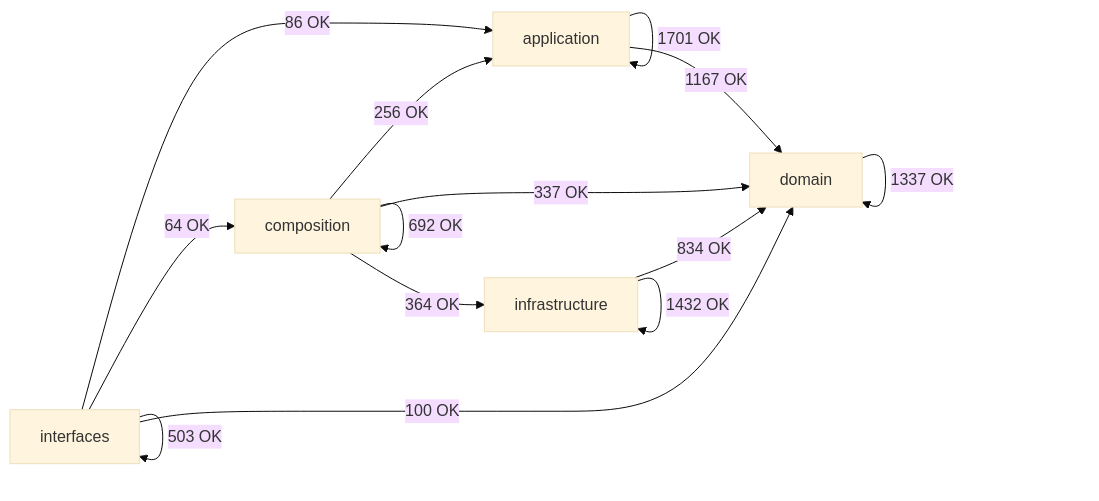
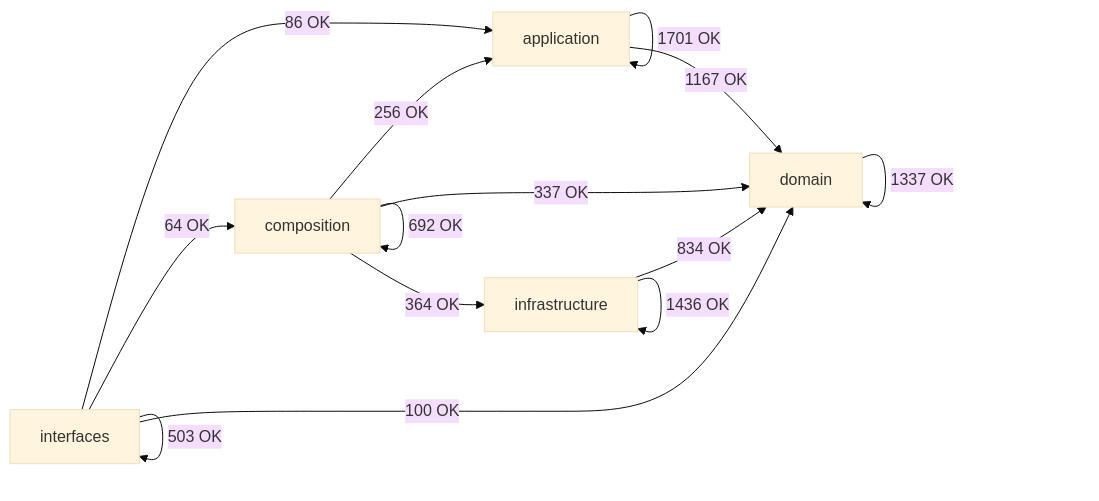
Before and after one commit to SatoryKono/BioactivityDataAcquisition: the diagram in docs/02-architecture/generated/module-dependency-map.md, drawn with Mermaid (base theme). The commit also changed other lines of this file and 4 other files, not shown here.

Commit message:
fix(iuphar): resolve Sonar and architecture map checks

````diff
--- a/docs/02-architecture/generated/module-dependency-map.md
+++ b/docs/02-architecture/generated/module-dependency-map.md
@@ -17,21 +17,21 @@
 ```mermaid
 flowchart LR
     domain[domain]
     application[application]
     infrastructure[infrastructure]
     composition[composition]
     interfaces[interfaces]
     application -->|1701 OK| application
     application -->|1167 OK| domain
     composition -->|256 OK| application
     composition -->|692 OK| composition
     composition -->|337 OK| domain
     composition -->|364 OK| infrastructure
     domain -->|1337 OK| domain
     infrastructure -->|834 OK| domain
-    infrastructure -->|1432 OK| infrastructure
+    infrastructure -->|1436 OK| infrastructure
     interfaces -->|86 OK| application
     interfaces -->|64 OK| composition
     interfaces -->|100 OK| domain
     interfaces -->|503 OK| interfaces
 ```
````
